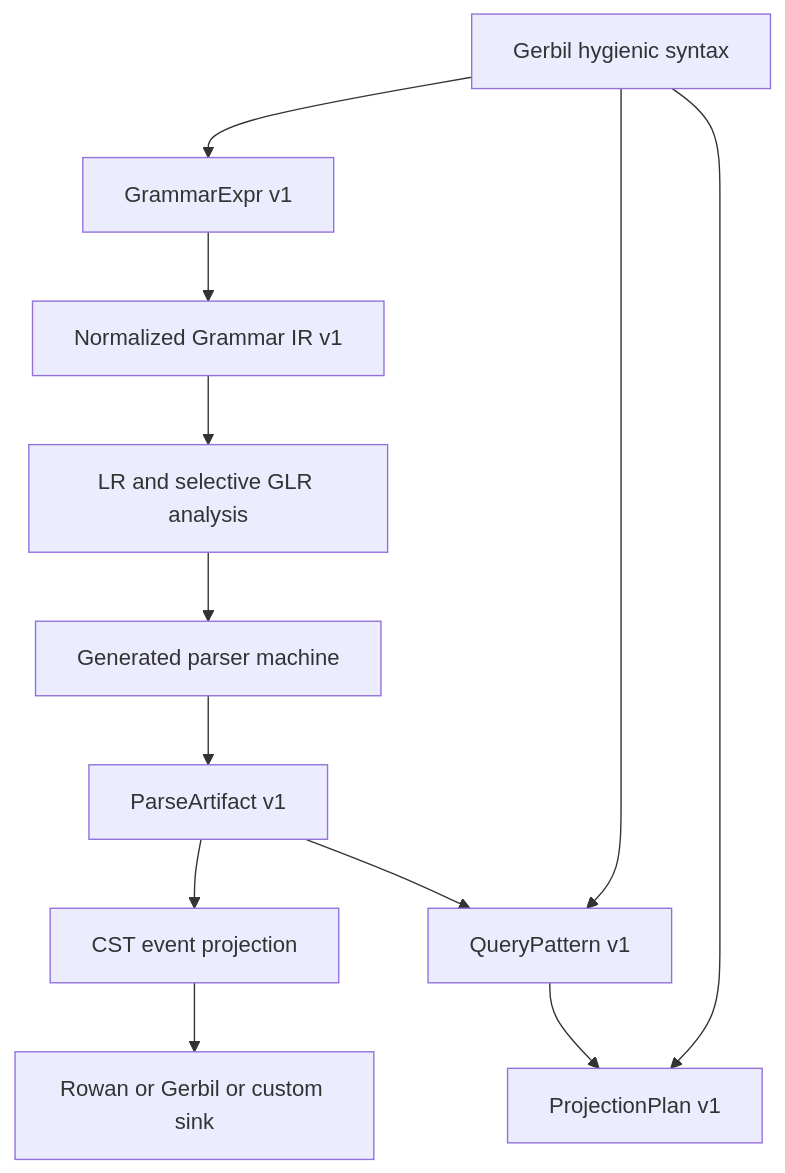
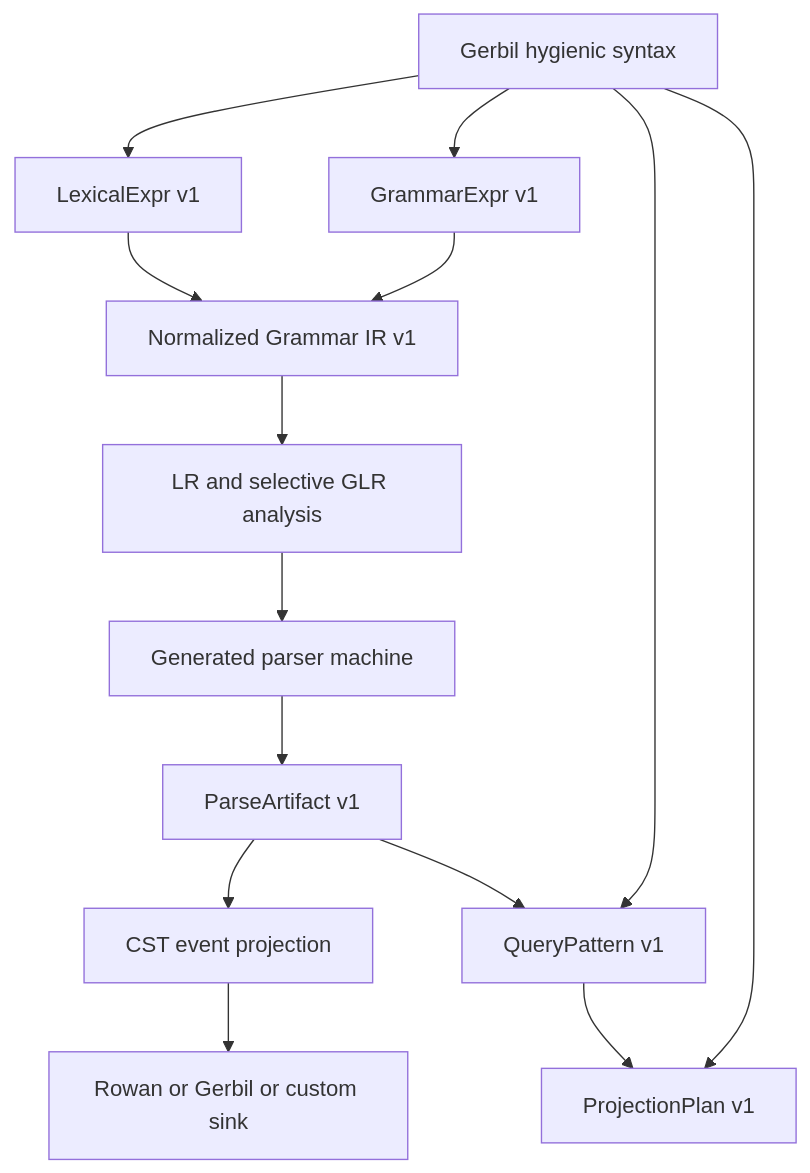
Before and after one commit to tao3k/gerbil-parser: the diagram in docs/architecture/0002-typed-structural-algebras.org, drawn with Mermaid. The commit also changed other lines of this file and 18 other files, not shown here.

```diff
--- a/docs/architecture/0002-typed-structural-algebras.org
+++ b/docs/architecture/0002-typed-structural-algebras.org
@@ -24,14 +25,16 @@
 #+begin_src mermaid
 flowchart TD
-  S[Gerbil hygienic syntax] --> G[GrammarExpr v1]
+  S[Gerbil hygienic syntax] --> L[LexicalExpr v1]
+  S --> G[GrammarExpr v1]
   S --> Q[QueryPattern v1]
   S --> P[ProjectionPlan v1]
-  G --> N[Normalized Grammar IR v1]
+  L --> N[Normalized Grammar IR v1]
+  G --> N
   N --> A[LR and selective GLR analysis]
   A --> O[Generated parser machine]
   O --> T[ParseArtifact v1]
   T --> E[CST event projection]
   E --> R[Rowan or Gerbil or custom sink]
   T --> Q
   Q --> P
 #+end_src
```
